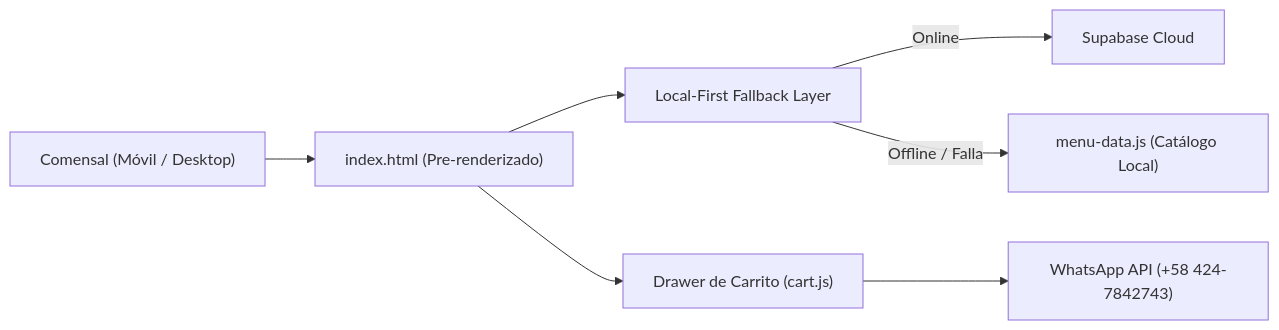
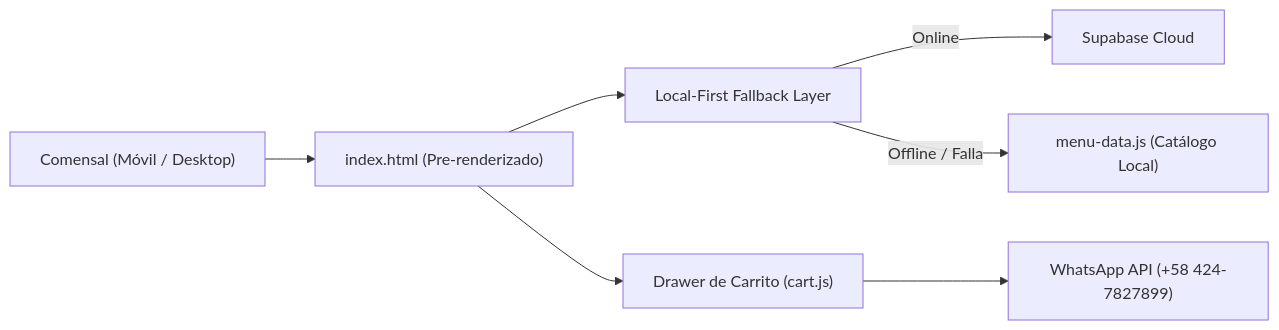
The diagram in README.md (pastaslafinestra-del/pastaslafinestra), drawn with Mermaid before and after one commit. The commit also changed 4 other files, not shown here.

Commit message:
chore(config): configurar credenciales de Supabase y WhatsApp del restaurante La Finestra

````diff
--- a/README.md
+++ b/README.md
@@ -17,9 +17,9 @@
 ```mermaid
 flowchart LR
     A["Comensal (Móvil / Desktop)"] --> B["index.html (Pre-renderizado)"]
     B --> C["Local-First Fallback Layer"]
     C -->|"Online"| D["Supabase Cloud"]
     C -->|"Offline / Falla"| E["menu-data.js (Catálogo Local)"]
     B --> F["Drawer de Carrito (cart.js)"]
-    F --> G["WhatsApp API (+58 424-7842743)"]
+    F --> G["WhatsApp API (+58 424-7827899)"]
 ```
````
